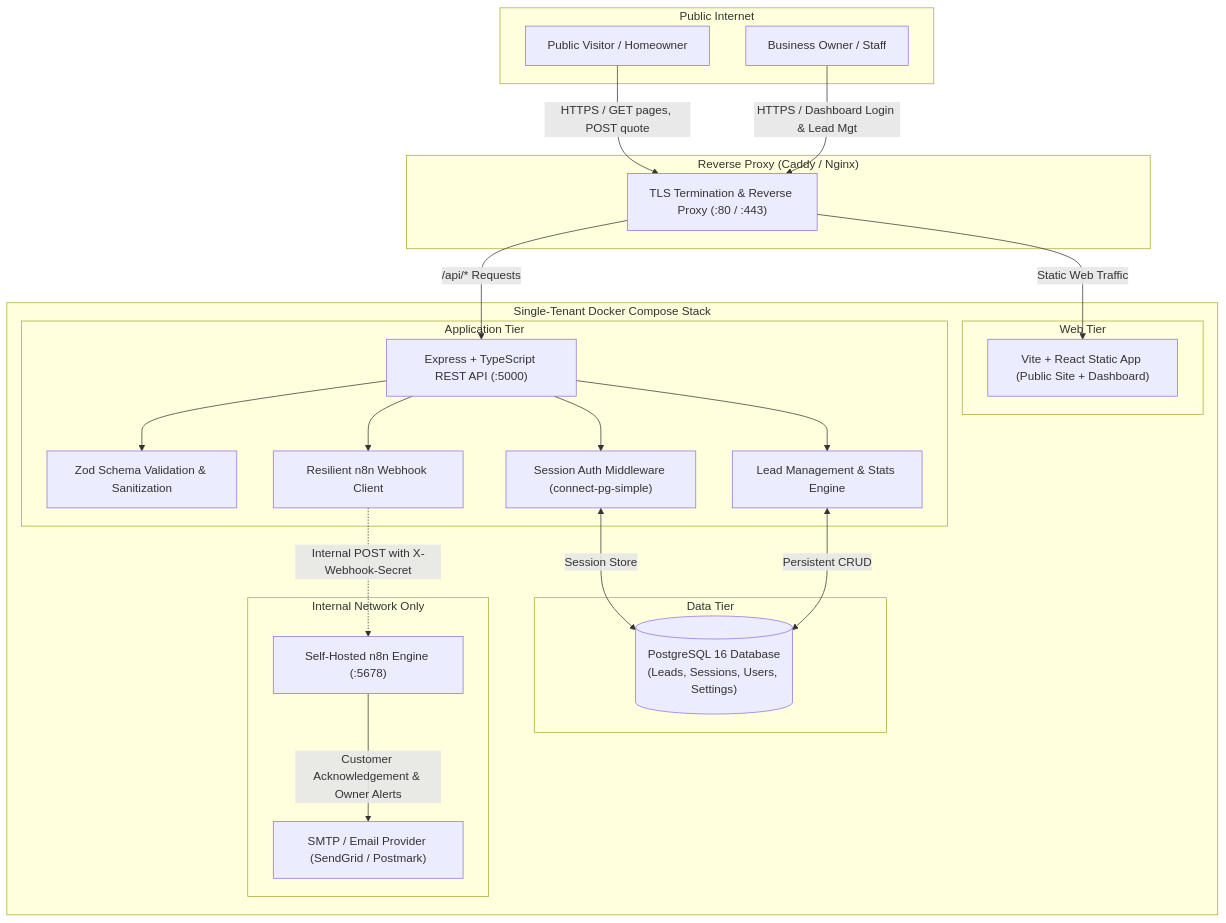
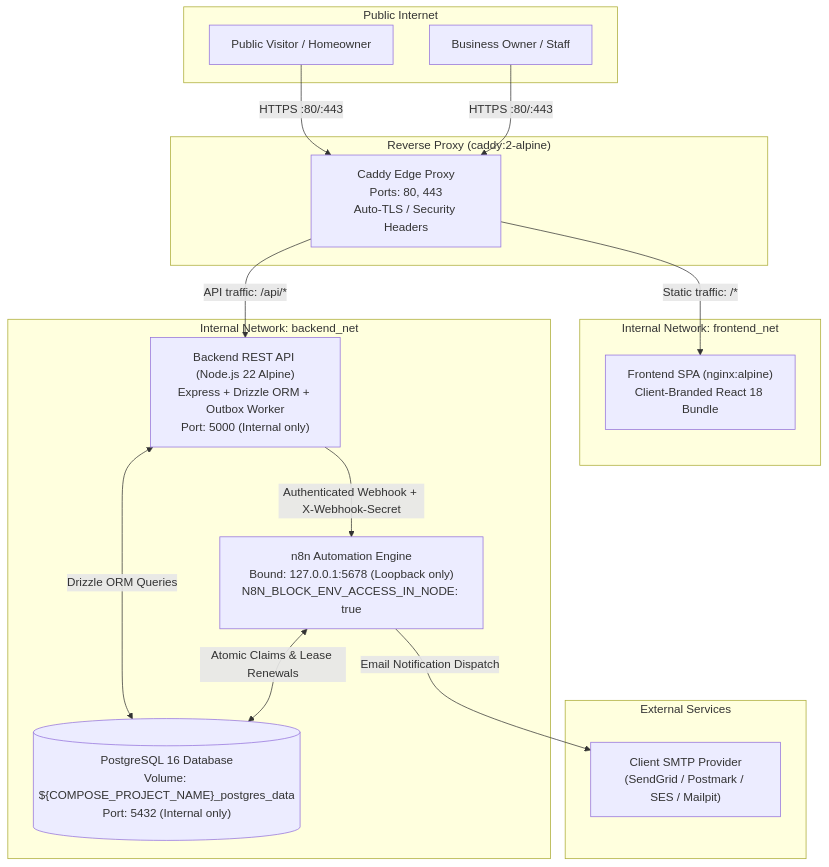
The first of 4 diagrams in docs/ARCHITECTURE.md (ennonn/roofing-lead-management---automation-system), drawn with Mermaid before and after one commit. The commit also changed other lines of this file and 10 other files, not shown here.

````diff
--- a/docs/ARCHITECTURE.md
+++ b/docs/ARCHITECTURE.md
@@ -35,51 +34,36 @@
 ```mermaid
 flowchart TD
     subgraph Public Internet
         Visitor["Public Visitor / Homeowner"]
         Staff["Business Owner / Staff"]
     end
 
-    subgraph Edge Layer ["Reverse Proxy (Caddy / Nginx)"]
-        Proxy["TLS Termination & Reverse Proxy (:80 / :443)"]
+    subgraph Edge Layer ["Reverse Proxy (caddy:2-alpine)"]
+        Proxy["Caddy Edge Proxy\nPorts: 80, 443\nAuto-TLS / Security Headers"]
     end
 
-    subgraph Client Deployment Stack ["Single-Tenant Docker Compose Stack"]
-        subgraph Web Tier
-            Frontend["Vite + React Static App (Public Site + Dashboard)"]
-        end
-
-        subgraph Application Tier
-            Backend["Express + TypeScript REST API (:5000)"]
-            ZodVal["Zod Schema Validation & Sanitization"]
-            AuthMod["Session Auth Middleware (connect-pg-simple)"]
-            LeadsMod["Lead Management & Stats Engine"]
-            WebhookClient["Resilient n8n Webhook Client"]
-        end
-
-        subgraph Data Tier
-            Postgres[("PostgreSQL 16 Database\n(Leads, Sessions, Users, Settings)")]
-        end
-
-        subgraph Automation Tier ["Internal Network Only"]
-            N8N["Self-Hosted n8n Engine (:5678)"]
-            EmailSMTP["SMTP / Email Provider (SendGrid / Postmark)"]
-        end
+    subgraph Internal Network: frontend_net
+        Frontend["Frontend SPA (nginx:alpine)\nClient-Branded React 18 Bundle"]
     end
 
-    Visitor -->|HTTPS / GET pages, POST quote| Proxy
-    Staff -->|HTTPS / Dashboard Login & Lead Mgt| Proxy
+    subgraph Internal Network: backend_net
+        Backend["Backend REST API (Node.js 22 Alpine)\nExpress + Drizzle ORM + Outbox Worker\nPort: 5000 (Internal only)"]
+        DB[("PostgreSQL 16 Database\nVolume: ${COMPOSE_PROJECT_NAME}_postgres_data\nPort: 5432 (Internal only)")]
+        N8N["n8n Automation Engine\nBound: 127.0.0.1:5678 (Loopback only)\nN8N_BLOCK_ENV_ACCESS_IN_NODE: true"]
+    end
 
-    Proxy -->|Static Web Traffic| Frontend
-    Proxy -->|/api/* Requests| Backend
+    subgraph External Services
+        SMTP["Client SMTP Provider\n(SendGrid / Postmark / SES / Mailpit)"]
+    end
 
-    Backend --> ZodVal
-    Backend --> AuthMod
-    Backend --> LeadsMod
-    Backend --> WebhookClient
+    Visitor -->|HTTPS :80/:443| Proxy
+    Staff -->|HTTPS :80/:443| Proxy
 
-    AuthMod <-->|Session Store| Postgres
-    LeadsMod <-->|Persistent CRUD| Postgres
+    Proxy -->|Static traffic: /*| Frontend
+    Proxy -->|API traffic: /api/*| Backend
 
-    WebhookClient -.->|Internal POST with X-Webhook-Secret| N8N
-    N8N -->|Customer Acknowledgement & Owner Alerts| EmailSMTP
+    Backend <-->|Drizzle ORM Queries| DB
+    Backend -->|Authenticated Webhook + X-Webhook-Secret| N8N
+    N8N <-->|Atomic Claims & Lease Renewals| DB
+    N8N -->|Email Notification Dispatch| SMTP
 ```
````
